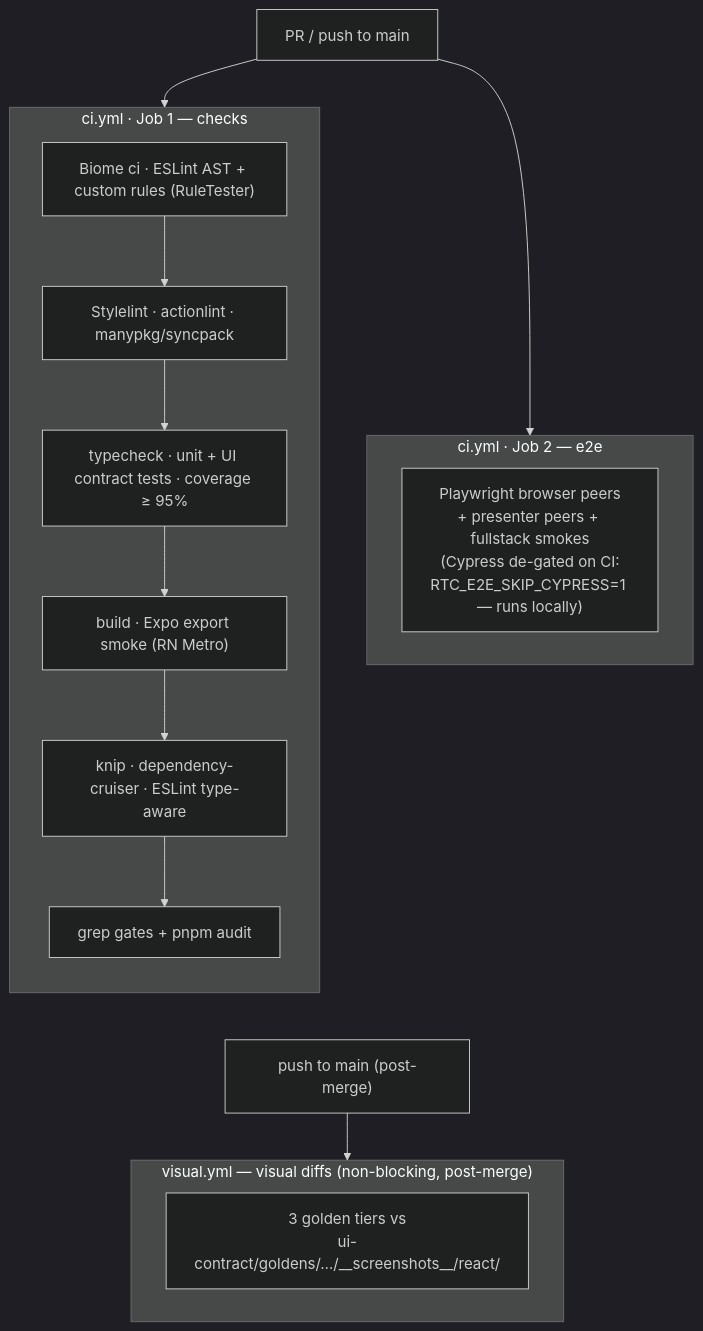
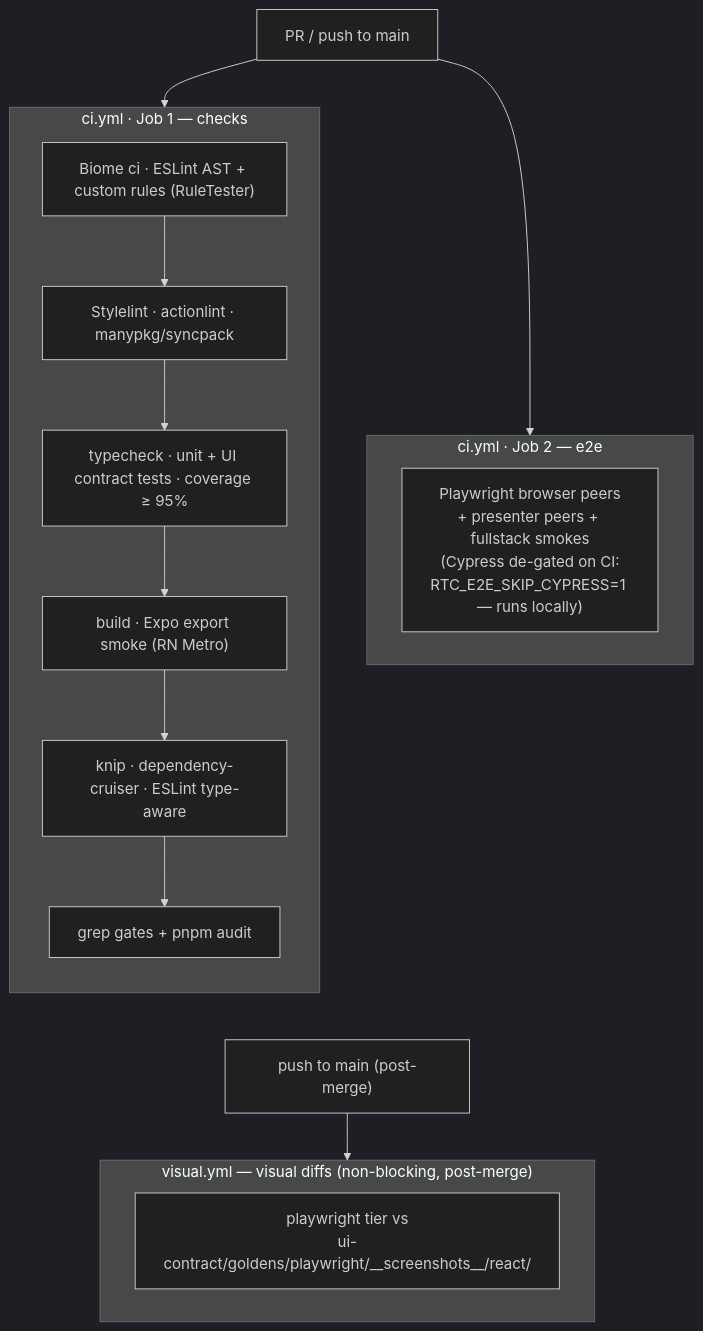
Before and after one commit to bettersoftware-io/ReactiveTraderCloudClone: the diagram in docs/architecture/09-test-strategy.md, drawn with Mermaid (dark theme). The commit also changed other lines of this file and 5358 other files, not shown here.

First line of the commit message:
refactor(visual)!: retire playwright-ct + vitest-browser assert tiers — Tier 2 is the visual contract

````diff
--- a/docs/architecture/09-test-strategy.md
+++ b/docs/architecture/09-test-strategy.md
@@ -165,25 +198,25 @@
 ```mermaid
 flowchart TD
     trigger["PR / push to main"]
     trigger --> checks
     trigger --> e2e
     subgraph checks["ci.yml · Job 1 — checks"]
         direction TB
         c1["Biome ci · ESLint AST + custom rules (RuleTester)"]
         c1 --> c3["Stylelint · actionlint · manypkg/syncpack"]
         c3 --> c4["typecheck · unit + UI contract tests · coverage ≥ 95%"]
         c4 --> c6["build · Expo export smoke (RN Metro)"]
         c6 --> c7["knip · dependency-cruiser · ESLint type-aware"]
         c7 --> c8["grep gates + pnpm audit"]
     end
     subgraph e2e["ci.yml · Job 2 — e2e"]
         e1["Playwright browser peers<br/>+ presenter peers + fullstack smokes<br/>(Cypress de-gated on CI:<br/>RTC_E2E_SKIP_CYPRESS=1 — runs locally)"]
     end
     checks ~~~ postmerge
     e2e ~~~ postmerge
     postmerge["push to main (post-merge)"]
     postmerge --> visual
     subgraph visual["visual.yml — visual diffs (non-blocking, post-merge)"]
-        v1["3 golden tiers vs<br/>ui-contract/goldens/…/__screenshots__/react/"]
+        v1["playwright tier vs<br/>ui-contract/goldens/playwright/__screenshots__/react/"]
     end
 ```
````
